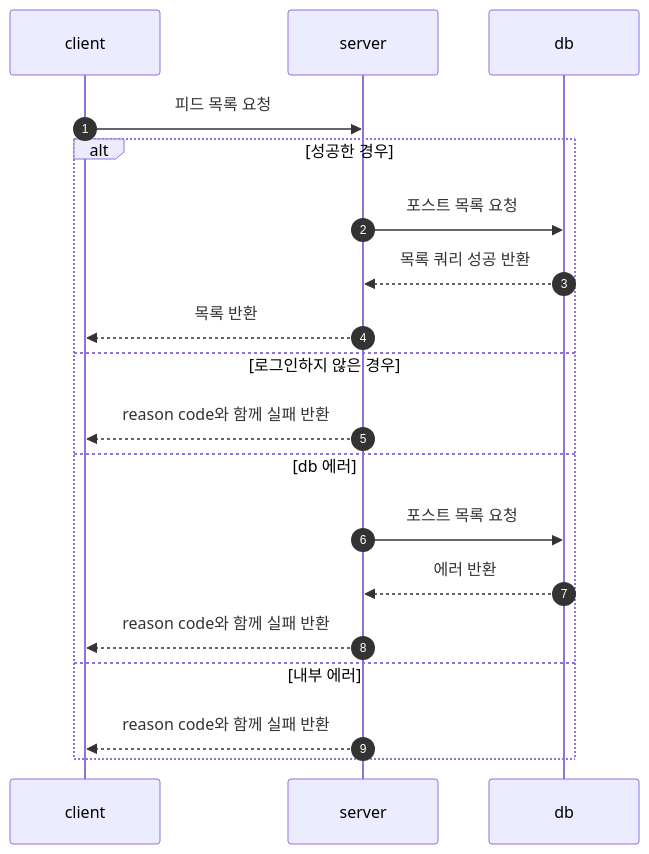
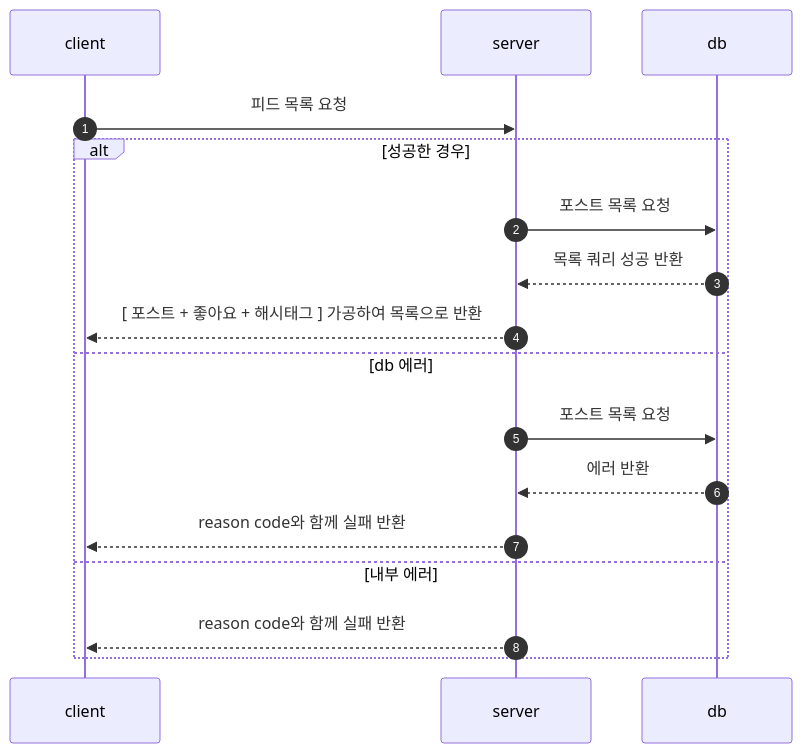
Before and after one commit to ellaCoo/sns: the fifth of 10 diagrams in README.md, drawn with Mermaid. The commit also changed other lines of this file, not shown here.

````diff
--- a/README.md
+++ b/README.md
@@ -101,18 +89,16 @@
 ```mermaid
   sequenceDiagram
     autonumber
     client ->> server: 피드 목록 요청
     alt 성공한 경우 
     server ->> db : 포스트 목록 요청
     db -->> server : 목록 쿼리 성공 반환
-    server -->> client: 목록 반환
-    else 로그인하지 않은 경우
-    server -->> client: reason code와 함께 실패 반환
+    server -->> client: [ 포스트 + 좋아요 + 해시태그 ] 가공하여 목록으로 반환
     else db 에러
     server ->> db : 포스트 목록 요청
     db -->> server : 에러 반환
     server -->> client: reason code와 함께 실패 반환
     else 내부 에러
     server -->> client: reason code와 함께 실패 반환
     end
 ```
````
